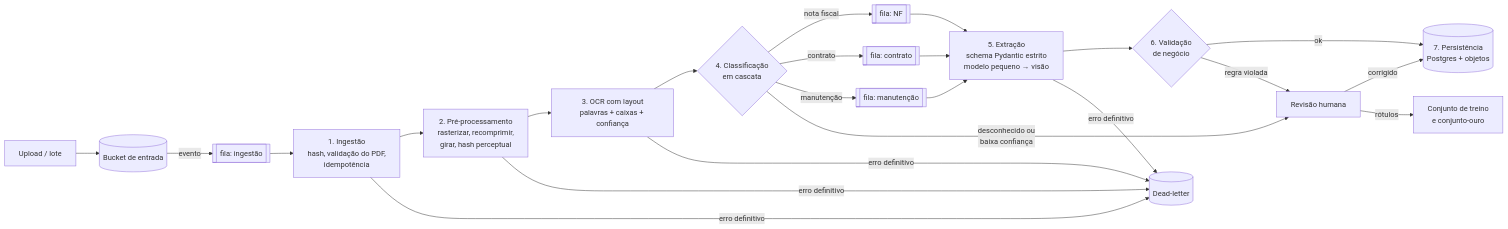
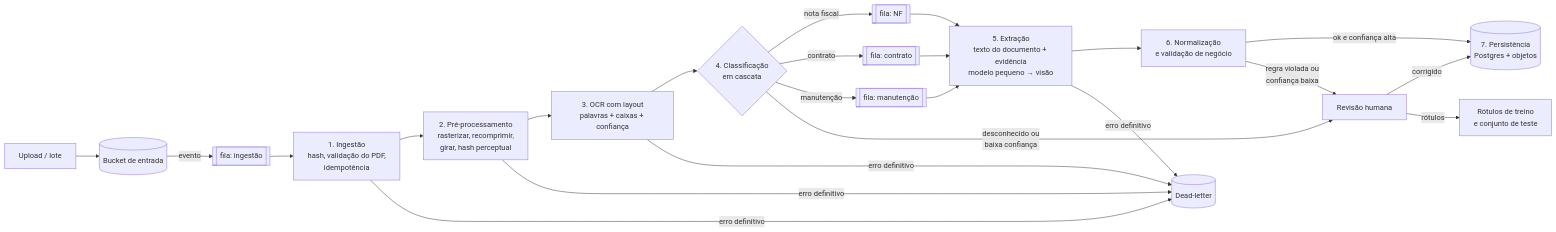
The diagram in docs/desafio2_arquitetura.md (pedropompeu/Franq), drawn with Mermaid before and after one commit. The commit also changed other lines of this file, not shown here.

First line of the commit message:
docs: deepen challenge 2 architecture with costs, field confidence and LGPD

````diff
--- a/docs/desafio2_arquitetura.md
+++ b/docs/desafio2_arquitetura.md
@@ -28,20 +28,20 @@
 ```mermaid
 flowchart LR
     A[Upload / lote] --> B[(Bucket de entrada)]
     B -->|evento| Q1[[fila: ingestão]]
     Q1 --> I[1. Ingestão<br/>hash, validação do PDF,<br/>idempotência]
     I --> P[2. Pré-processamento<br/>rasterizar, recomprimir,<br/>girar, hash perceptual]
     P --> O[3. OCR com layout<br/>palavras + caixas + confiança]
     O --> C{4. Classificação<br/>em cascata}
     C -->|nota fiscal| QN[[fila: NF]]
     C -->|contrato| QC[[fila: contrato]]
     C -->|manutenção| QM[[fila: manutenção]]
     C -->|desconhecido ou<br/>baixa confiança| R[Revisão humana]
-    QN & QC & QM --> E[5. Extração<br/>schema Pydantic estrito<br/>modelo pequeno → visão]
-    E --> V{6. Validação<br/>de negócio}
-    V -->|ok| DB[(7. Persistência<br/>Postgres + objetos)]
-    V -->|regra violada| R
+    QN & QC & QM --> E[5. Extração<br/>texto do documento + evidência<br/>modelo pequeno → visão]
+    E --> N[6. Normalização<br/>e validação de negócio]
+    N -->|ok e confiança alta| DB[(7. Persistência<br/>Postgres + objetos)]
+    N -->|regra violada ou<br/>confiança baixa| R
     I & P & O & E -->|erro definitivo| DLQ[(Dead-letter)]
     R -->|corrigido| DB
-    R -->|rótulos| T[Conjunto de treino<br/>e conjunto-ouro]
+    R -->|rótulos| T[Rótulos de treino<br/>e conjunto de teste]
 ```
````
